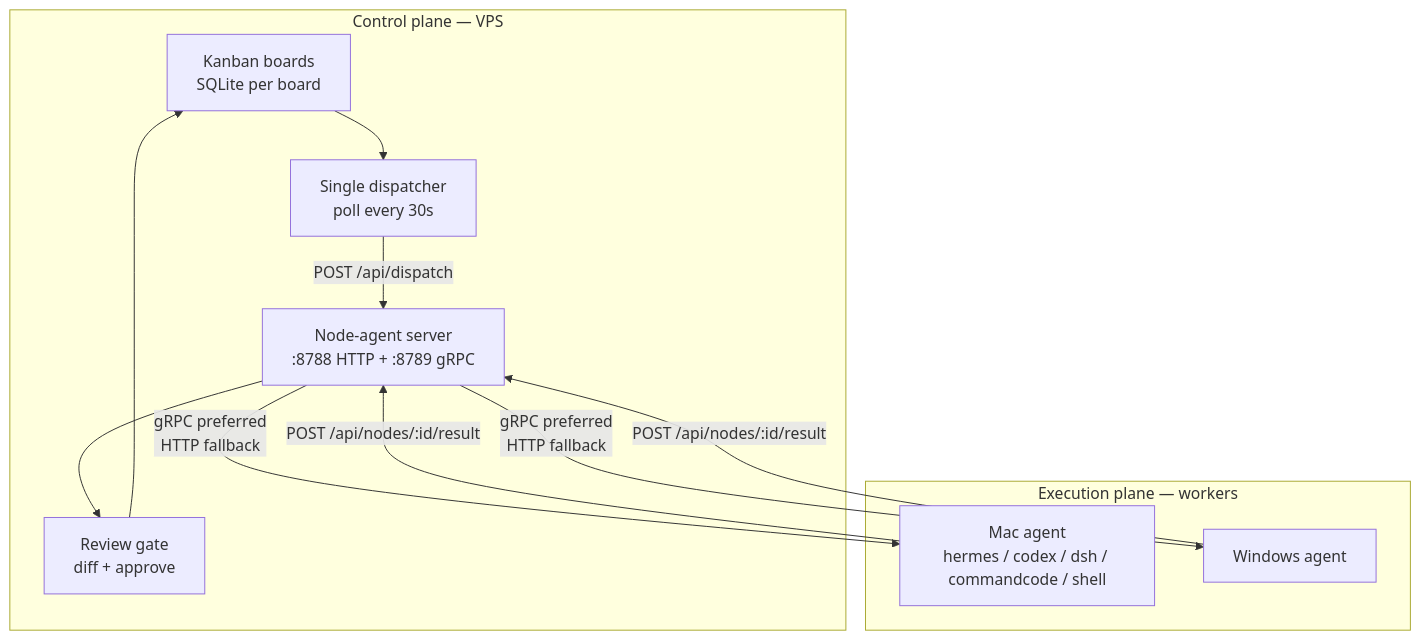
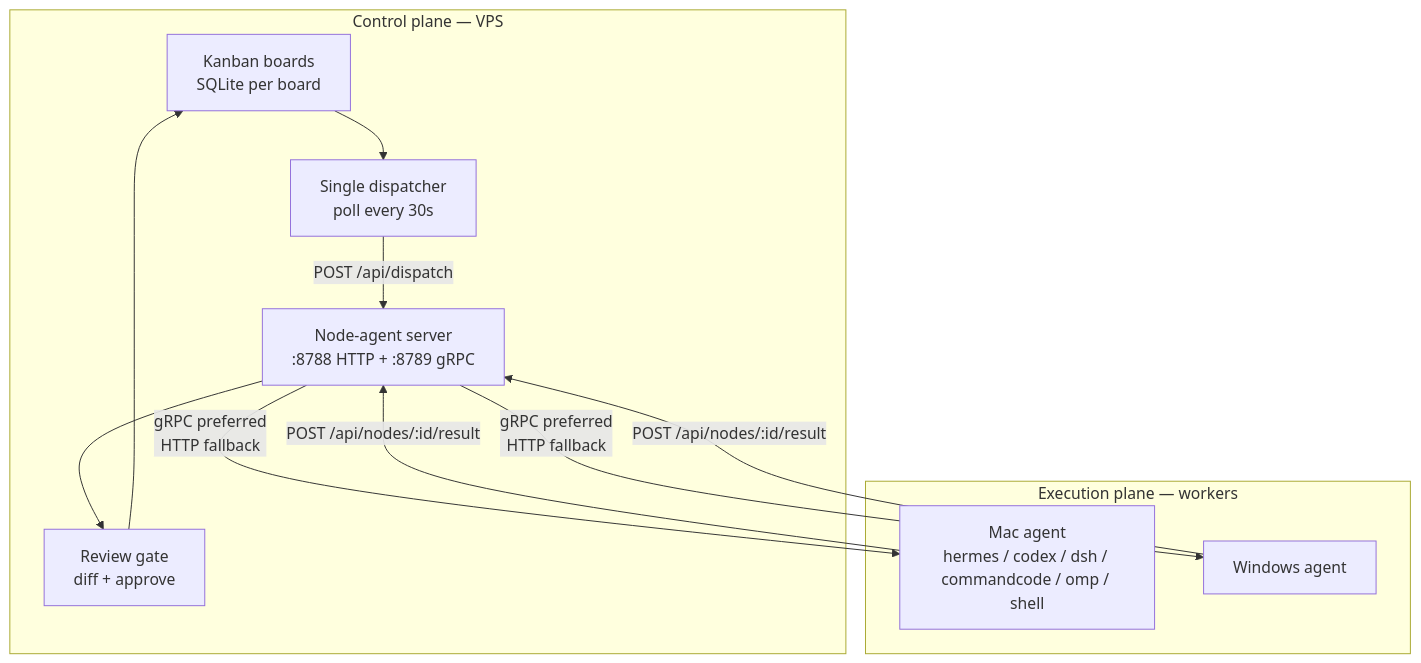
The second of 2 diagrams in README.md (adityahimaone/switchyard), drawn with Mermaid before and after one commit. The commit also changed other lines of this file and 37 other files, not shown here.

````diff
--- a/README.md
+++ b/README.md
@@ -31,21 +31,21 @@
 ```mermaid
 flowchart TB
   subgraph VPS[Control plane — VPS]
     Board[Kanban boards<br/>SQLite per board]
     Dispatcher[Single dispatcher<br/>poll every 30s]
     NAServer[Node-agent server<br/>:8788 HTTP + :8789 gRPC]
     Review[Review gate<br/>diff + approve]
   end
   subgraph Workers[Execution plane — workers]
-    Mac[Mac agent<br/>hermes / codex / dsh / commandcode / shell]
+    Mac[Mac agent<br/>hermes / codex / dsh / commandcode / omp / shell]
     Win[Windows agent]
   end
 
   Board --> Dispatcher
   Dispatcher -->|POST /api/dispatch| NAServer
   NAServer -->|gRPC preferred<br/>HTTP fallback| Mac
   NAServer -->|gRPC preferred<br/>HTTP fallback| Win
   Mac -->|POST /api/nodes/:id/result| NAServer
   Win -->|POST /api/nodes/:id/result| NAServer
   NAServer --> Review --> Board
 ```
````
